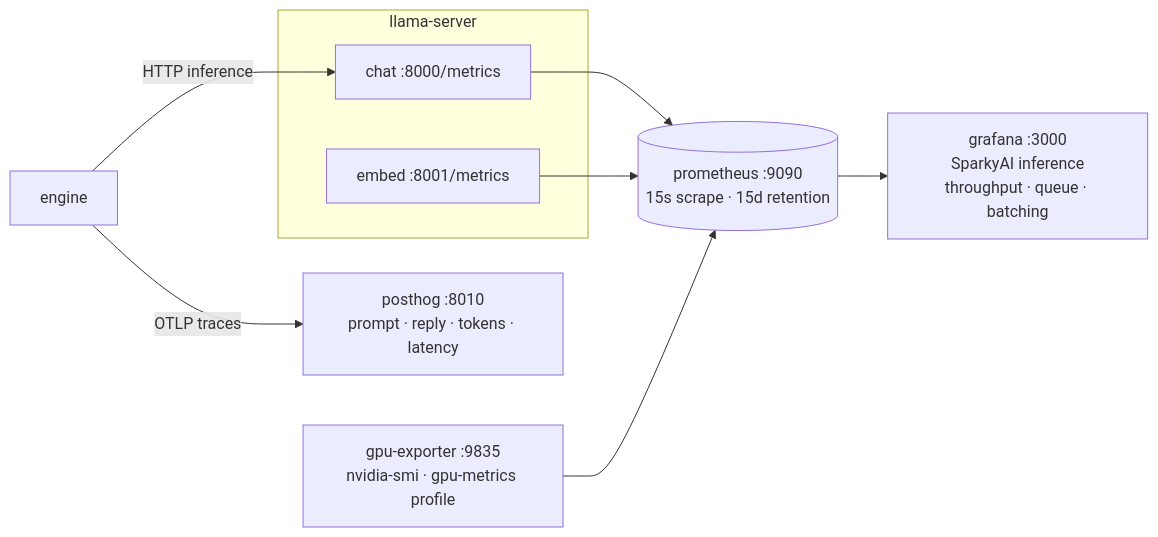
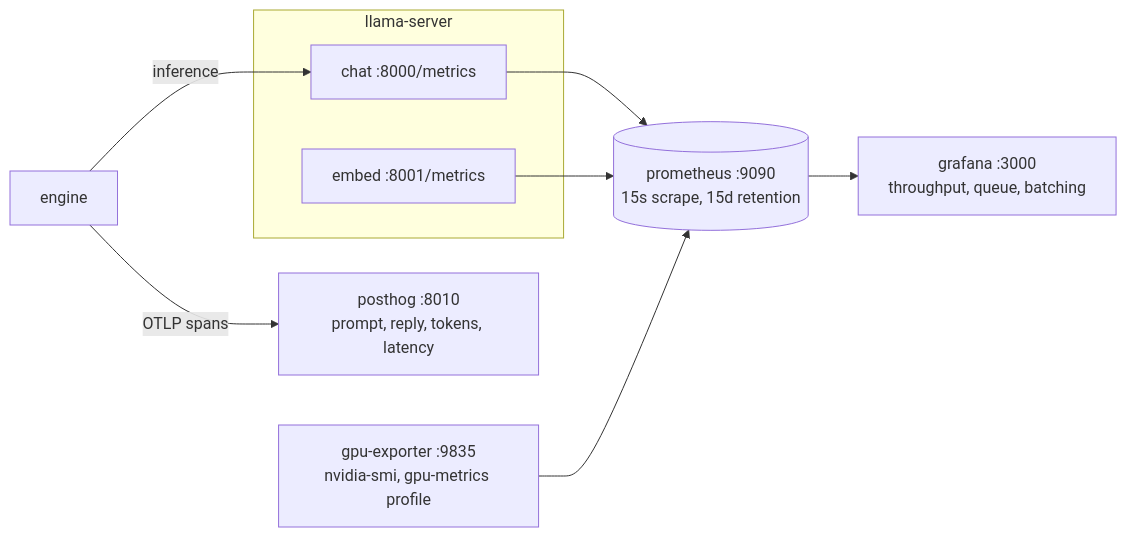
One commit to ashworks1706/SparkyAI changed the tenth of 10 diagrams in docs/ARCHITECTURE.md. Above: the diagram before and after it, drawn with Mermaid. The commit also changed other lines of this file and 180 other files, not shown here.

````diff
--- a/docs/ARCHITECTURE.md
+++ b/docs/ARCHITECTURE.md
@@ -497,14 +644,14 @@
 ```mermaid
 flowchart LR
-    subgraph inference["llama-server"]
+    subgraph inference ["llama-server"]
         CH["chat :8000/metrics"]
         EM["embed :8001/metrics"]
     end
-    GX["gpu-exporter :9835<br/>nvidia-smi · gpu-metrics profile"]
-    CH --> P[("prometheus :9090<br/>15s scrape · 15d retention")]
+    GX["gpu-exporter :9835<br/>nvidia-smi, gpu-metrics profile"]
+    CH --> P[("prometheus :9090<br/>15s scrape, 15d retention")]
     EM --> P
     GX --> P
-    P --> G["grafana :3000<br/>SparkyAI inference<br/>throughput · queue · batching"]
-    EN["engine"] -->|OTLP traces| PX["posthog :8010<br/>prompt · reply · tokens · latency"]
-    EN -->|HTTP inference| CH
+    P --> G["grafana :3000<br/>throughput, queue, batching"]
+    EN["engine"] -->|"inference"| CH
+    EN -->|"OTLP spans"| PX["posthog :8010<br/>prompt, reply, tokens, latency"]
 ```
````
